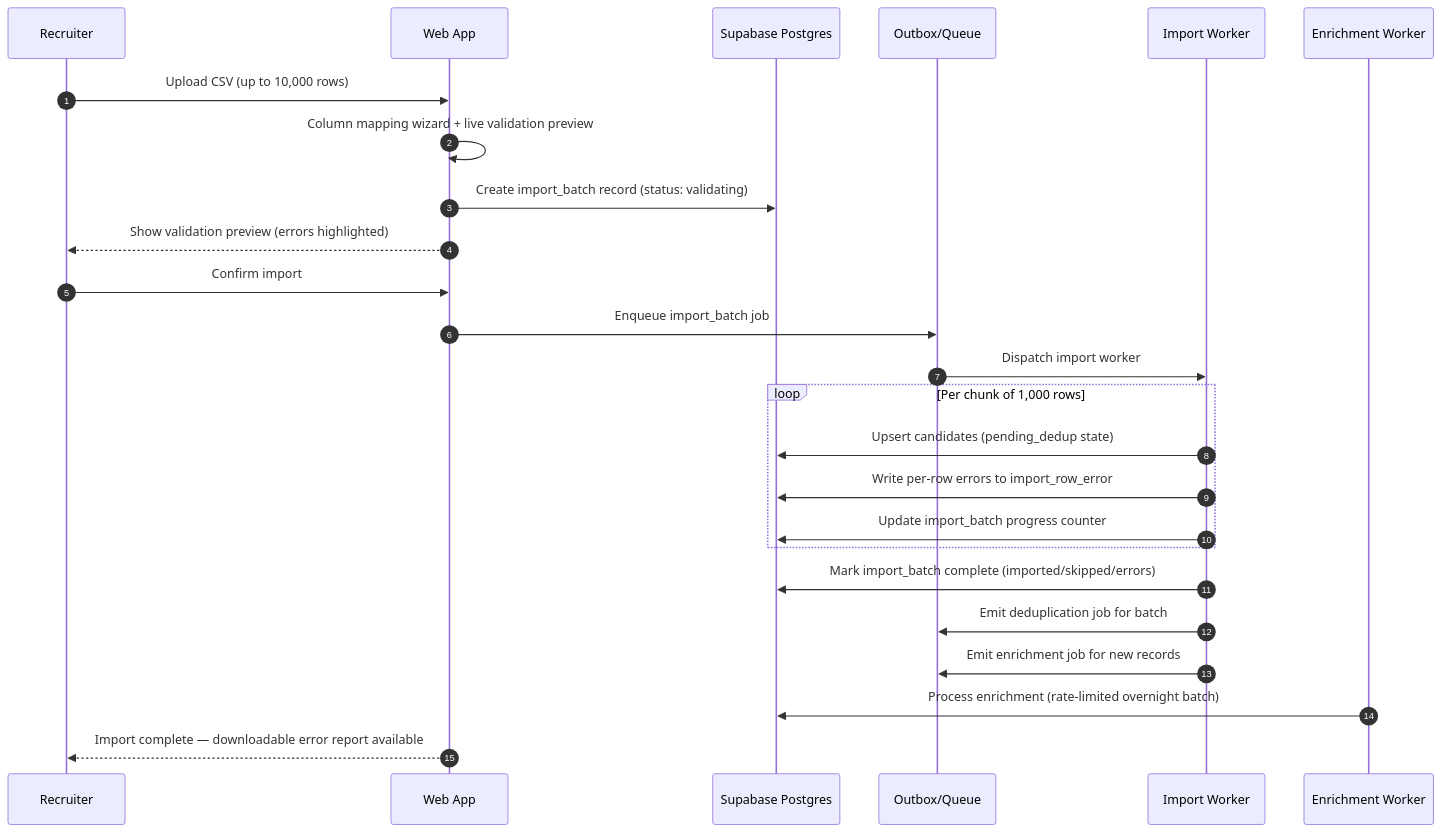
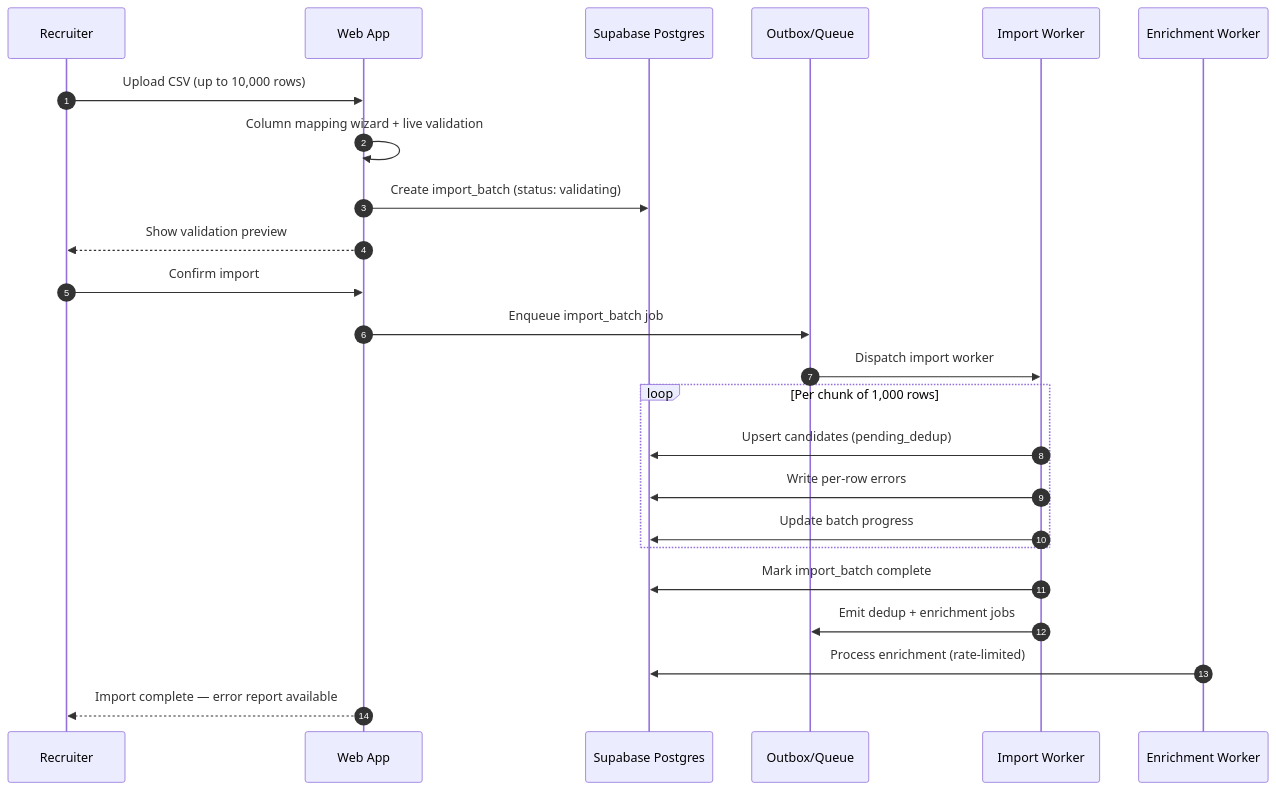
Before and after one commit to vivek-dataskate/CBLAeroApp: the fourth of 5 diagrams in _bmad-output/architecture.md, drawn with Mermaid. The commit also changed other lines of this file and 14 other files, not shown here.

Commit message:
docs(condense): shrink canonical docs ~49%, consolidate schema.sql from live DB, merge UI standards

````diff
--- a/_bmad-output/architecture.md
+++ b/_bmad-output/architecture.md
@@ -801,28 +353,26 @@
 ```mermaid
 sequenceDiagram
   autonumber
   participant R as Recruiter
   participant W as Web App
   participant DB as Supabase Postgres
   participant Q as Outbox/Queue
   participant PY as Import Worker
   participant ENR as Enrichment Worker
-
   R->>W: Upload CSV (up to 10,000 rows)
-  W->>W: Column mapping wizard + live validation preview
-  W->>DB: Create import_batch record (status: validating)
-  W-->>R: Show validation preview (errors highlighted)
+  W->>W: Column mapping wizard + live validation
+  W->>DB: Create import_batch (status: validating)
+  W-->>R: Show validation preview
   R->>W: Confirm import
   W->>Q: Enqueue import_batch job
   Q->>PY: Dispatch import worker
   loop Per chunk of 1,000 rows
-    PY->>DB: Upsert candidates (pending_dedup state)
-    PY->>DB: Write per-row errors to import_row_error
-    PY->>DB: Update import_batch progress counter
+    PY->>DB: Upsert candidates (pending_dedup)
+    PY->>DB: Write per-row errors
+    PY->>DB: Update batch progress
   end
-  PY->>DB: Mark import_batch complete (imported/skipped/errors)
-  PY->>Q: Emit deduplication job for batch
-  PY->>Q: Emit enrichment job for new records
-  ENR->>DB: Process enrichment (rate-limited overnight batch)
-  W-->>R: Import complete — downloadable error report available
+  PY->>DB: Mark import_batch complete
+  PY->>Q: Emit dedup + enrichment jobs
+  ENR->>DB: Process enrichment (rate-limited)
+  W-->>R: Import complete — error report available
 ```
````
